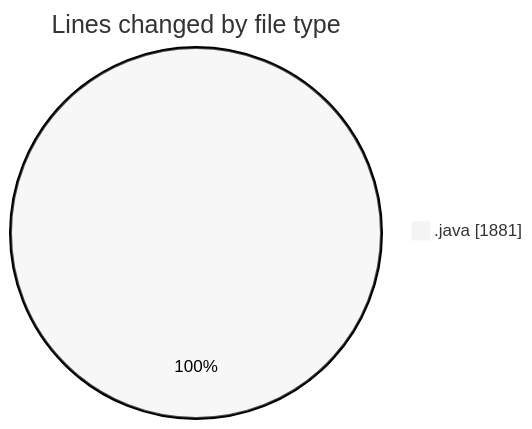
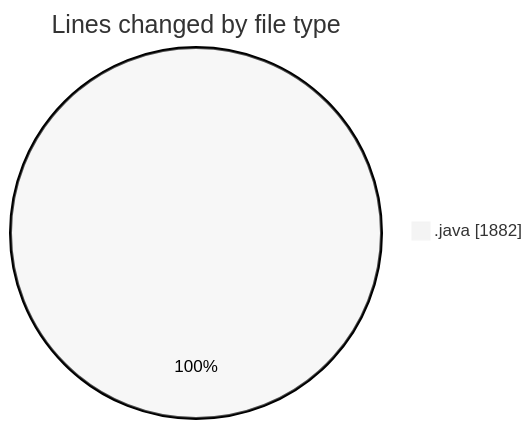
Before and after one commit to charlie-sans/code-tracking: the first of 2 diagrams in 2025-02-18/masm/README.md, drawn with Mermaid (neutral theme). The commit also changed other lines of this file and 1 other file, not shown here.

````diff
--- a/2025-02-18/masm/README.md
+++ b/2025-02-18/masm/README.md
@@ -23,5 +24,5 @@
 ```mermaid
 pie showData
 title Lines changed by file type
-".java" : 1881
+".java" : 1882
 ```
````
